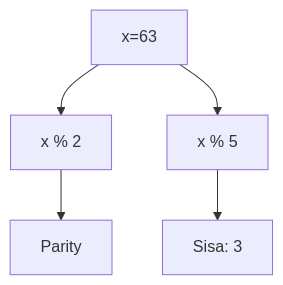
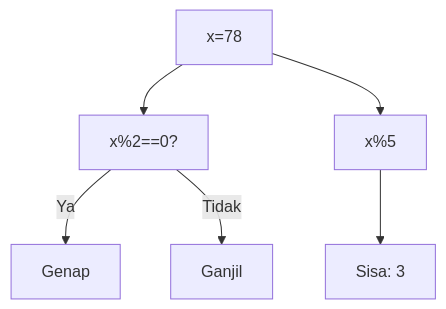
The third of 25 diagrams in part-c-pemahaman-cpp/05-rekursi/latihan/set-05.md (amnahwaida/OSNK_INF_PREP), drawn with Mermaid before and after one commit. The commit also changed other lines of this file and 71 other files, not shown here.

Commit message:
Fixed Mermaid syntax lexical errors with quoted labels in 1,800 questions

````diff
--- a/part-c-pemahaman-cpp/05-rekursi/latihan/set-05.md
+++ b/part-c-pemahaman-cpp/05-rekursi/latihan/set-05.md
@@ -176,7 +83,8 @@
 ```mermaid
 graph TD
-A[x=63] --> B[x % 2]
-B --> C[Parity]
-A --> D[x % 5]
-D --> E[Sisa: 3]
+A["x=78"] --> B["x%2==0?"]
+B -- Ya --> C["Genap"]
+B -- Tidak --> D["Ganjil"]
+A --> E["x%5"]
+E --> F["Sisa: 3"]
 ```
````
